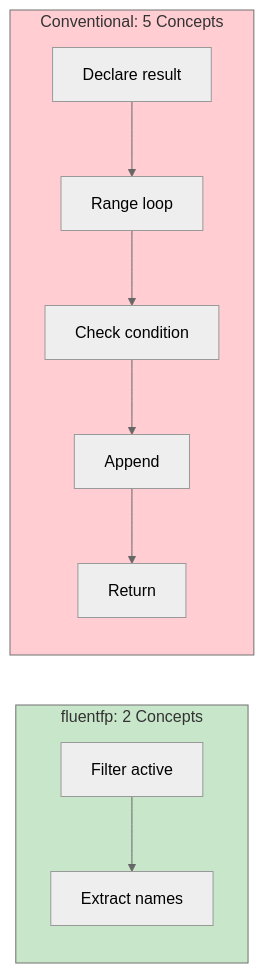
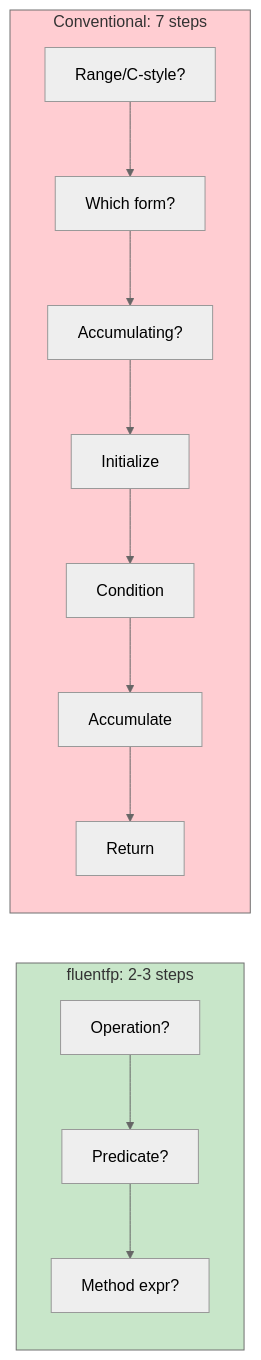
The third of 4 diagrams in analysis.md (binaryphile/fluentfp), drawn with Mermaid (neutral theme) before and after one commit.

Commit message:
Unify Mental Load Comparison diagram and text
- Updated diagram to show 7 vs 2-3 steps
- Moved step enumeration into same section as diagram
- Moved Invisible Familiarity Discount to follow

🤖 Generated with [Claude Code](https://claude.com/claude-code)

````diff
--- a/analysis.md
+++ b/analysis.md
@@ -60,13 +62,15 @@
 ```mermaid
 flowchart LR
-    subgraph fluentfp["fluentfp: 2 Concepts"]
-        F1["Filter active"] --> F2["Extract names"]
+    subgraph fluentfp["fluentfp: 2-3 steps"]
+        F1["Operation?"] --> F2["Predicate?"]
+        F2 --> F3["Method expr?"]
     end
 
-    subgraph Conventional["Conventional: 5 Concepts"]
-        C1["Declare result"] --> C2["Range loop"] --> C3["Check condition"] --> C4["Append"] --> C5["Return"]
+    subgraph Conventional["Conventional: 7 steps"]
+        C1["Range/C-style?"] --> C2["Which form?"] --> C3["Accumulating?"] --> C4["Initialize"]
+        C4 --> C5["Condition"] --> C6["Accumulate"] --> C7["Return"]
     end
 
     style fluentfp fill:#c8e6c9
     style Conventional fill:#ffcdd2
 ```
````
